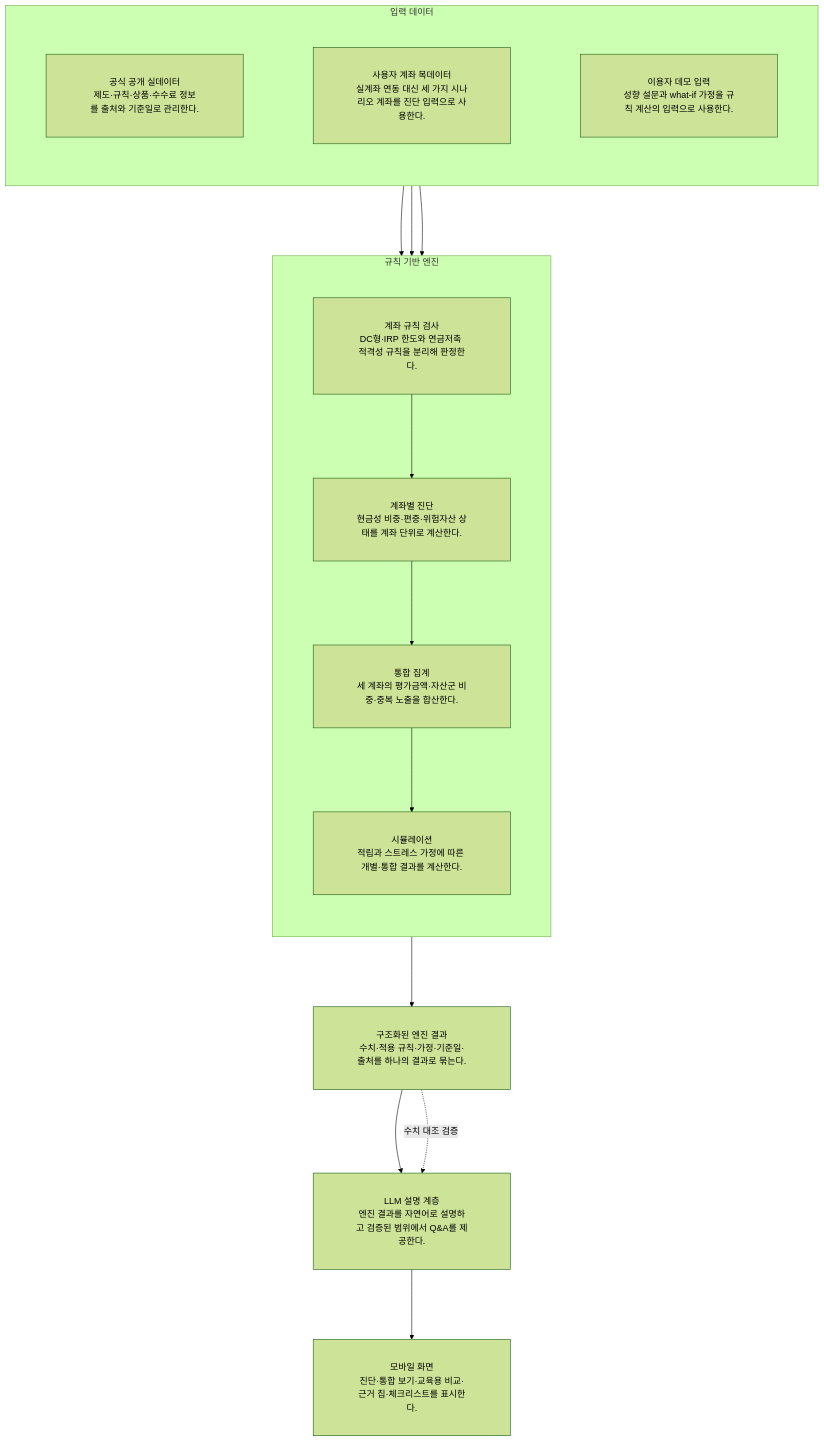
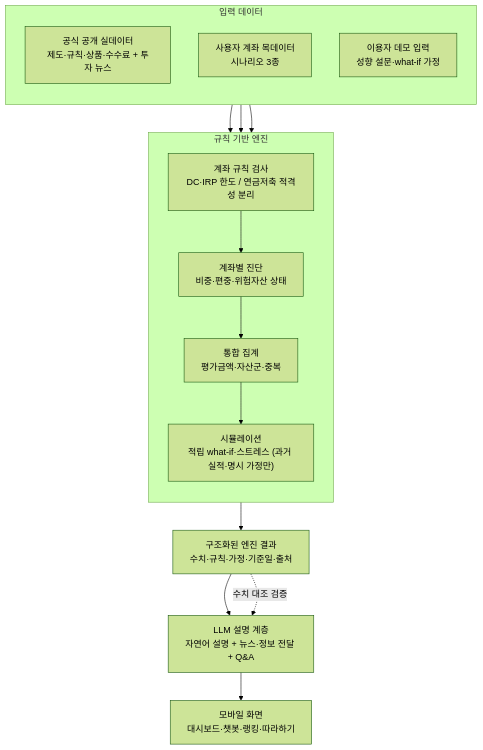
Before and after one commit to jyleo2k2/KDA-securities: the second of 3 diagrams in docs/10_기획/화면_유저플로우.md, drawn with Mermaid (forest theme). The commit also changed other lines of this file and 5 other files, not shown here.

First line of the commit message:
docs: 자문·정보 제공형 정합화 1차 — 헌장·README·플로우·확장아이디어

````diff
--- a/docs/10_기획/화면_유저플로우.md
+++ b/docs/10_기획/화면_유저플로우.md
@@ -75,29 +82,28 @@
 ```mermaid
-%%{init: { "flowchart": { "padding": 38, "nodeSpacing": 125, "rankSpacing": 125, "inheritDir": true } } }%%
 flowchart TB
     subgraph INPUT["입력 데이터"]
         direction TB
-        A["공식 공개 실데이터<br/>제도·규칙·상품·수수료 정보를 출처와 기준일로 관리한다."]
-        B["사용자 계좌 목데이터<br/>실계좌 연동 대신 세 가지 시나리오 계좌를 진단 입력으로 사용한다."]
-        C["이용자 데모 입력<br/>성향 설문과 what-if 가정을 규칙 계산의 입력으로 사용한다."]
+        A["공식 공개 실데이터<br/>제도·규칙·상품·수수료 + 투자 뉴스"]
+        B["사용자 계좌 목데이터<br/>시나리오 3종"]
+        C["이용자 데모 입력<br/>성향 설문·what-if 가정"]
     end
 
     subgraph ENGINE["규칙 기반 엔진"]
         direction TB
-        D["계좌 규칙 검사<br/>DC형·IRP 한도와 연금저축 적격성 규칙을 분리해 판정한다."]
-        E["계좌별 진단<br/>현금성 비중·편중·위험자산 상태를 계좌 단위로 계산한다."]
-        F["통합 집계<br/>세 계좌의 평가금액·자산군 비중·중복 노출을 합산한다."]
-        G["시뮬레이션<br/>적립과 스트레스 가정에 따른 개별·통합 결과를 계산한다."]
+        D["계좌 규칙 검사<br/>DC·IRP 한도 / 연금저축 적격성 분리"]
+        E["계좌별 진단<br/>비중·편중·위험자산 상태"]
+        F["통합 집계<br/>평가금액·자산군·중복"]
+        G["시뮬레이션<br/>적립 what-if·스트레스 (과거 실적·명시 가정만)"]
     end
 
-    H["구조화된 엔진 결과<br/>수치·적용 규칙·가정·기준일·출처를 하나의 결과로 묶는다."]
-    I["LLM 설명 계층<br/>엔진 결과를 자연어로 설명하고 검증된 범위에서 Q&A를 제공한다."]
-    J["모바일 화면<br/>진단·통합 보기·교육용 비교·근거 칩·체크리스트를 표시한다."]
+    H["구조화된 엔진 결과<br/>수치·규칙·가정·기준일·출처"]
+    I["LLM 설명 계층<br/>자연어 설명 + 뉴스·정보 전달 + Q&A"]
+    J["모바일 화면<br/>대시보드·챗봇·랭킹·따라하기"]
 
     A --> D
     B --> D
     C --> D
     D --> E --> F --> G --> H
     H --> I --> J
     H -. 수치 대조 검증 .-> I
 ```
````
